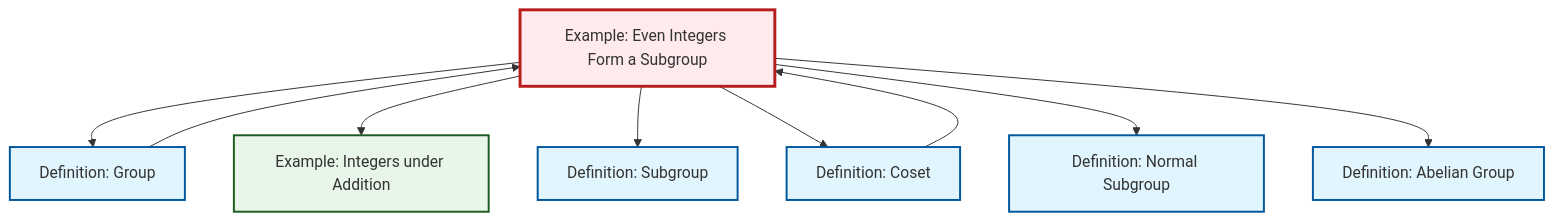
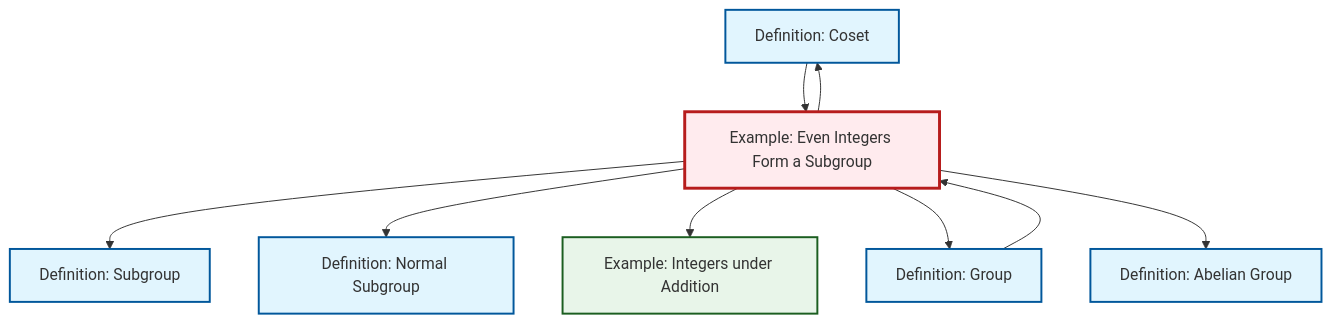
Before and after one commit to RK0429/ModernMath: the diagram in content/en/algebra/ex-even-integers-subgroup.qmd, drawn with Mermaid. The commit also changed other lines of this file and 497 other files, not shown here.

````diff
--- a/content/en/algebra/ex-even-integers-subgroup.qmd
+++ b/content/en/algebra/ex-even-integers-subgroup.qmd
@@ -51,31 +51,31 @@
 ```{mermaid}
 %%| fig-cap: "Local dependency graph"
 graph TD
     classDef definition fill:#e1f5fe,stroke:#01579b,stroke-width:2px
     classDef theorem fill:#f3e5f5,stroke:#4a148c,stroke-width:2px
     classDef axiom fill:#fff3e0,stroke:#e65100,stroke-width:2px
     classDef example fill:#e8f5e9,stroke:#1b5e20,stroke-width:2px
     classDef current fill:#ffebee,stroke:#b71c1c,stroke-width:3px
     def-normal-subgroup["Definition: Normal Subgroup"]:::definition
+    def-coset["Definition: Coset"]:::definition
+    def-subgroup["Definition: Subgroup"]:::definition
+    def-group["Definition: Group"]:::definition
+    ex-integers-addition["Example: Integers under Addition"]:::example
+    def-abelian-group["Definition: Abelian Group"]:::definition
     ex-even-integers-subgroup["Example: Even Integers Form a Subgroup"]:::example
-    def-abelian-group["Definition: Abelian Group"]:::definition
-    ex-integers-addition["Example: Integers under Addition"]:::example
-    def-coset["Definition: Coset"]:::definition
-    def-group["Definition: Group"]:::definition
-    def-subgroup["Definition: Subgroup"]:::definition
+    ex-even-integers-subgroup --> def-subgroup
+    def-group --> ex-even-integers-subgroup
+    ex-even-integers-subgroup --> def-normal-subgroup
+    def-coset --> ex-even-integers-subgroup
+    ex-even-integers-subgroup --> def-coset
+    ex-even-integers-subgroup --> ex-integers-addition
     ex-even-integers-subgroup --> def-group
-    ex-even-integers-subgroup --> ex-integers-addition
-    ex-even-integers-subgroup --> def-subgroup
-    ex-even-integers-subgroup --> def-coset
-    ex-even-integers-subgroup --> def-normal-subgroup
-    def-group --> ex-even-integers-subgroup
-    def-coset --> ex-even-integers-subgroup
     ex-even-integers-subgroup --> def-abelian-group
     class ex-even-integers-subgroup current
     click def-normal-subgroup "def-normal-subgroup.html" "Go to Normal Subgroup definition"
+    click def-coset "def-coset.html" "Go to Coset definition"
+    click def-subgroup "def-subgroup.html" "Go to Subgroup definition"
+    click def-group "def-group.html" "Go to Group definition"
+    click ex-integers-addition "ex-integers-addition.html" "Go to Integers under Addition example"
     click def-abelian-group "def-abelian-group.html" "Go to Abelian Group definition"
-    click ex-integers-addition "ex-integers-addition.html" "Go to Integers under Addition example"
-    click def-coset "def-coset.html" "Go to Coset definition"
-    click def-group "def-group.html" "Go to Group definition"
-    click def-subgroup "def-subgroup.html" "Go to Subgroup definition"
 ```
````
